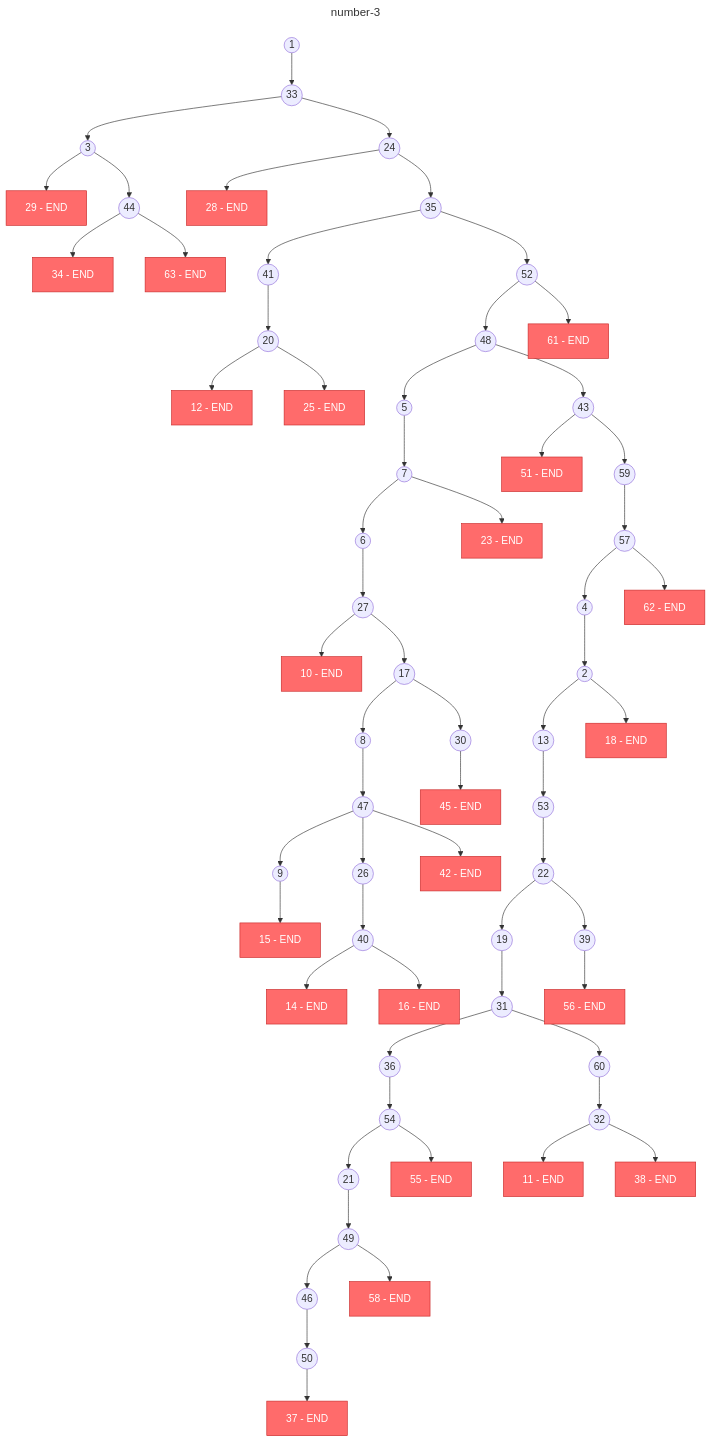
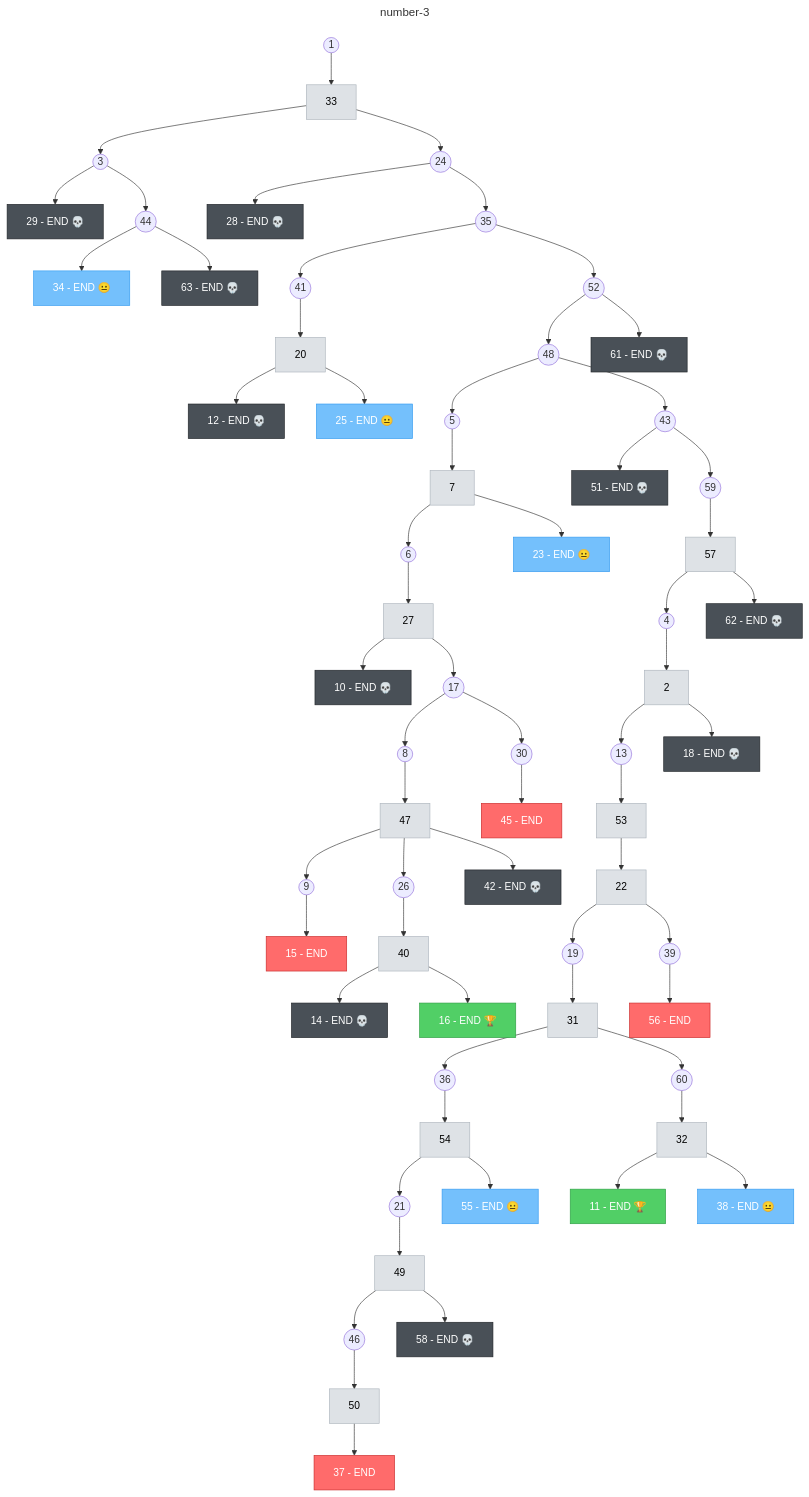
The diagram in number-3/output/structure.mmd (nicodevs/can-claude-code-write-a-good-choose-your-own-adventure-book), drawn with Mermaid before and after one commit. The commit also changed 9 other files, not shown here.

Commit message:
Feature: generate mermaid charts

```diff
--- a/number-3/output/structure.mmd
+++ b/number-3/output/structure.mmd
@@ -1,136 +1,141 @@
 ---
 title: number-3
 ---
 flowchart TD
     1((1))
-    2((2))
+    2[2]:::transition
     3((3))
     4((4))
     5((5))
     6((6))
-    7((7))
+    7[7]:::transition
     8((8))
     9((9))
-    10[10 - END]:::ending
-    11[11 - END]:::ending
-    12[12 - END]:::ending
+    10[10 - END 💀]:::death
+    11[11 - END 🏆]:::good
+    12[12 - END 💀]:::death
     13((13))
-    14[14 - END]:::ending
+    14[14 - END 💀]:::death
     15[15 - END]:::ending
-    16[16 - END]:::ending
+    16[16 - END 🏆]:::good
     17((17))
-    18[18 - END]:::ending
+    18[18 - END 💀]:::death
     19((19))
-    20((20))
+    20[20]:::transition
     21((21))
-    22((22))
-    23[23 - END]:::ending
+    22[22]:::transition
+    23[23 - END 😐]:::neutral
     24((24))
-    25[25 - END]:::ending
+    25[25 - END 😐]:::neutral
     26((26))
-    27((27))
-    28[28 - END]:::ending
-    29[29 - END]:::ending
+    27[27]:::transition
+    28[28 - END 💀]:::death
+    29[29 - END 💀]:::death
     30((30))
-    31((31))
-    32((32))
-    33((33))
-    34[34 - END]:::ending
+    31[31]:::transition
+    32[32]:::transition
+    33[33]:::transition
+    34[34 - END 😐]:::neutral
     35((35))
     36((36))
     37[37 - END]:::ending
-    38[38 - END]:::ending
+    38[38 - END 😐]:::neutral
     39((39))
-    40((40))
+    40[40]:::transition
     41((41))
-    42[42 - END]:::ending
+    42[42 - END 💀]:::death
     43((43))
     44((44))
     45[45 - END]:::ending
     46((46))
-    47((47))
+    47[47]:::transition
     48((48))
-    49((49))
-    50((50))
-    51[51 - END]:::ending
+    49[49]:::transition
+    50[50]:::transition
+    51[51 - END 💀]:::death
     52((52))
-    53((53))
-    54((54))
-    55[55 - END]:::ending
+    53[53]:::transition
+    54[54]:::transition
+    55[55 - END 😐]:::neutral
     56[56 - END]:::ending
-    57((57))
-    58[58 - END]:::ending
+    57[57]:::transition
+    58[58 - END 💀]:::death
     59((59))
     60((60))
-    61[61 - END]:::ending
-    62[62 - END]:::ending
-    63[63 - END]:::ending
+    61[61 - END 💀]:::death
+    62[62 - END 💀]:::death
+    63[63 - END 💀]:::death
     1 --> 33
     2 --> 13
     2 --> 18
     3 --> 29
     3 --> 44
     4 --> 2
     5 --> 7
     6 --> 27
     7 --> 6
     7 --> 23
     8 --> 47
     9 --> 15
     13 --> 53
     17 --> 8
     17 --> 30
     19 --> 31
     20 --> 12
     20 --> 25
     21 --> 49
     22 --> 19
     22 --> 39
     24 --> 28
     24 --> 35
     26 --> 40
     27 --> 10
     27 --> 17
     30 --> 45
     31 --> 36
     31 --> 60
     32 --> 11
     32 --> 38
     33 --> 3
     33 --> 24
     35 --> 41
     35 --> 52
     36 --> 54
     39 --> 56
     40 --> 14
     40 --> 16
     41 --> 20
     43 --> 51
     43 --> 59
     44 --> 34
     44 --> 63
     46 --> 50
     47 --> 9
     47 --> 26
     47 --> 42
     48 --> 5
     48 --> 43
     49 --> 46
     49 --> 58
     50 --> 37
     52 --> 48
     52 --> 61
     53 --> 22
     54 --> 21
     54 --> 55
     57 --> 4
     57 --> 62
     59 --> 57
     60 --> 32
 
     classDef ending fill:#ff6b6b,stroke:#c92a2a,color:#fff
+    classDef death fill:#495057,stroke:#212529,color:#fff
+    classDef good fill:#51cf66,stroke:#2f9e44,color:#fff
+    classDef bad fill:#ff8787,stroke:#fa5252,color:#fff
+    classDef neutral fill:#74c0fc,stroke:#339af0,color:#fff
     classDef orphan fill:#ffd43b,stroke:#fab005,color:#000
     classDef convergent fill:#9775fa,stroke:#7048e8,color:#fff
     classDef convergent_end fill:#e599f7,stroke:#be4bdb,color:#000
+    classDef transition fill:#dee2e6,stroke:#adb5bd,color:#000
 
     %% 63 pages, 62 edges, 23 endings, 0 orphaned, 0 convergent
```
